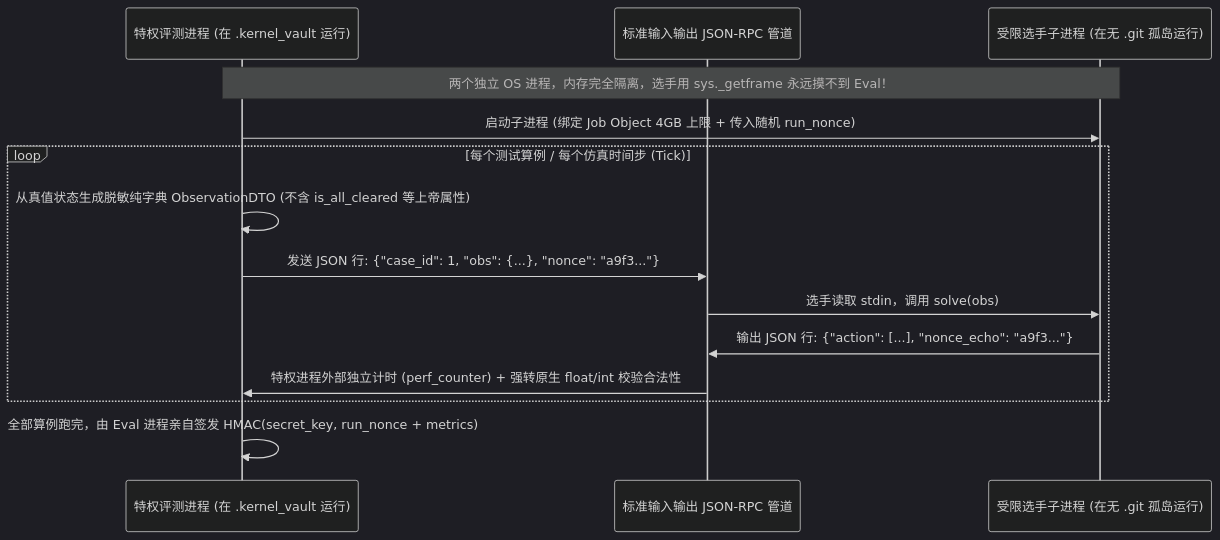
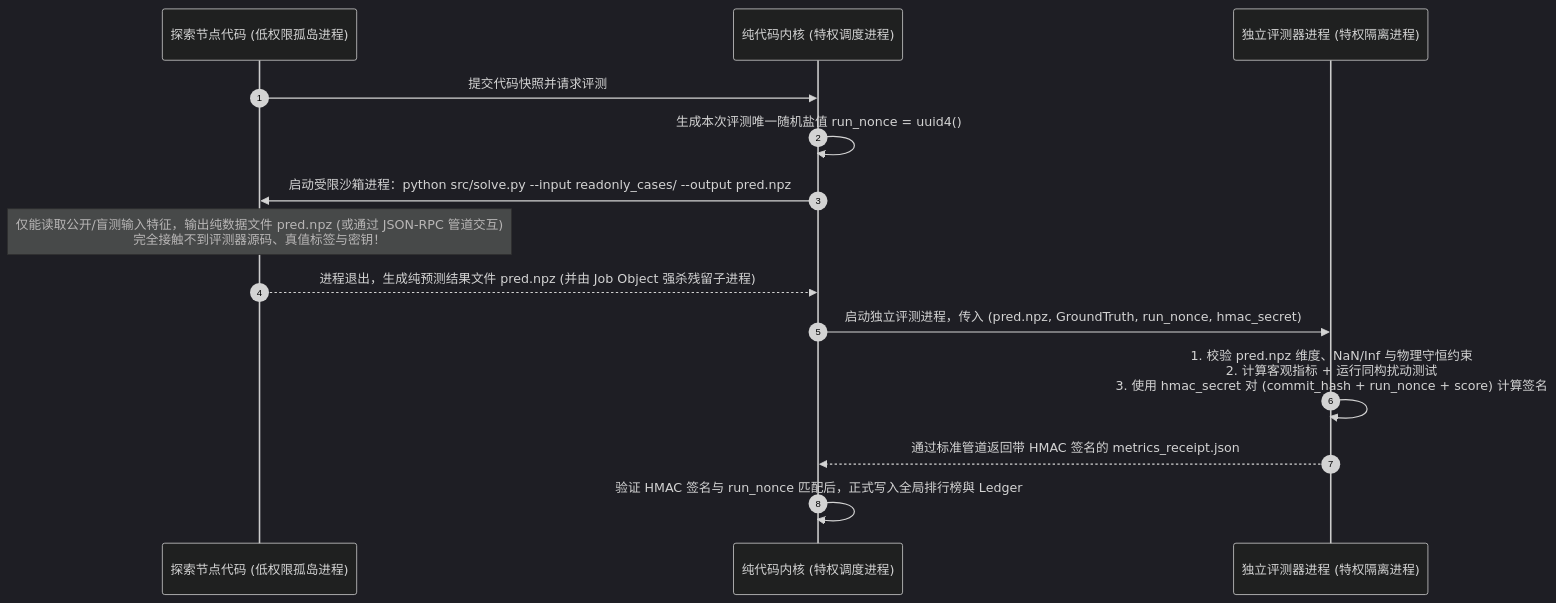
Before and after one commit to Qingzhu093/greatwall-agent: the seventh of 12 diagrams in 15_长城Agent_V4无人值守架构与沙箱工程实战规范.md, drawn with Mermaid (dark theme). The commit also changed other lines of this file and 112 other files, not shown here.

````diff
--- a/15_长城Agent_V4无人值守架构与沙箱工程实战规范.md
+++ b/15_长城Agent_V4无人值守架构与沙箱工程实战规范.md
@@ -377,17 +908,18 @@
 ```mermaid
 sequenceDiagram
-    participant Eval as 特权评测进程 (在 .kernel_vault 运行)
-    participant Pipe as 标准输入输出 JSON-RPC 管道
-    participant Child as 受限选手子进程 (在无 .git 孤岛运行)
+    autonumber
+    participant Node as 探索节点代码 (低权限孤岛进程)
+    participant Kernel as 纯代码内核 (特权调度进程)
+    participant EvalProc as 独立评测器进程 (特权隔离进程)
 
-    Note over Eval,Child: 两个独立 OS 进程，内存完全隔离，选手用 sys._getframe 永远摸不到 Eval！
-    Eval->>Child: 启动子进程 (绑定 Job Object 4GB 上限 + 传入随机 run_nonce)
-    loop 每个测试算例 / 每个仿真时间步 (Tick)
-        Eval->>Eval: 从真值状态生成脱敏纯字典 ObservationDTO (不含 is_all_cleared 等上帝属性)
-        Eval->>Pipe: 发送 JSON 行: {"case_id": 1, "obs": {...}, "nonce": "a9f3..."}
-        Pipe->>Child: 选手读取 stdin，调用 solve(obs)
-        Child->>Pipe: 输出 JSON 行: {"action": [...], "nonce_echo": "a9f3..."}
-        Pipe->>Eval: 特权进程外部独立计时 (perf_counter) + 强转原生 float/int 校验合法性
-    end
-    Eval->>Eval: 全部算例跑完，由 Eval 进程亲自签发 HMAC(secret_key, run_nonce + metrics)
+    Node->>Kernel: 提交代码快照并请求评测
+    Kernel->>Kernel: 生成本次评测唯一随机盐值 run_nonce = uuid4()
+    Kernel->>Node: 启动受限沙箱进程：python src/solve.py --input readonly_cases/ --output pred.npz
+    Note over Node: 仅能读取公开/盲测输入特征，输出纯数据文件 pred.npz (或通过 JSON-RPC 管道交互)<br/>完全接触不到评测器源码、真值标签与密钥！
+    Node-->>Kernel: 进程退出，生成纯预测结果文件 pred.npz (并由 Job Object 强杀残留子进程)
+    
+    Kernel->>EvalProc: 启动独立评测进程，传入 (pred.npz, GroundTruth, run_nonce, hmac_secret)
+    EvalProc->>EvalProc: 1. 校验 pred.npz 维度、NaN/Inf 与物理守恒约束<br/>2. 计算客观指标 + 运行同构扰动测试<br/>3. 使用 hmac_secret 对 (commit_hash + run_nonce + score) 计算签名
+    EvalProc-->>Kernel: 通过标准管道返回带 HMAC 签名的 metrics_receipt.json
+    Kernel->>Kernel: 验证 HMAC 签名与 run_nonce 匹配后，正式写入全局排行榜與 Ledger
 ```
````
